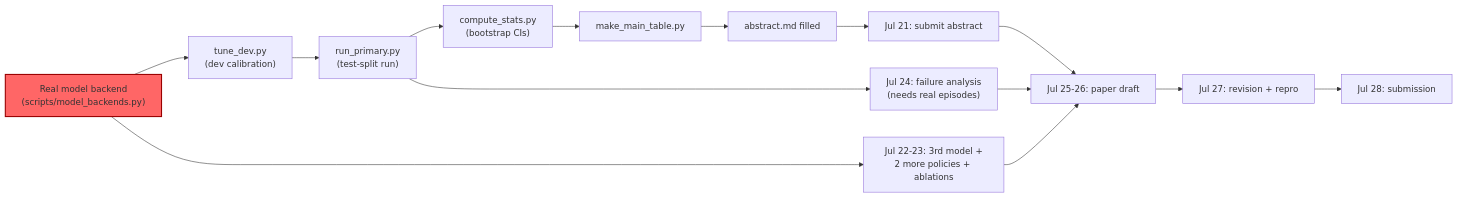
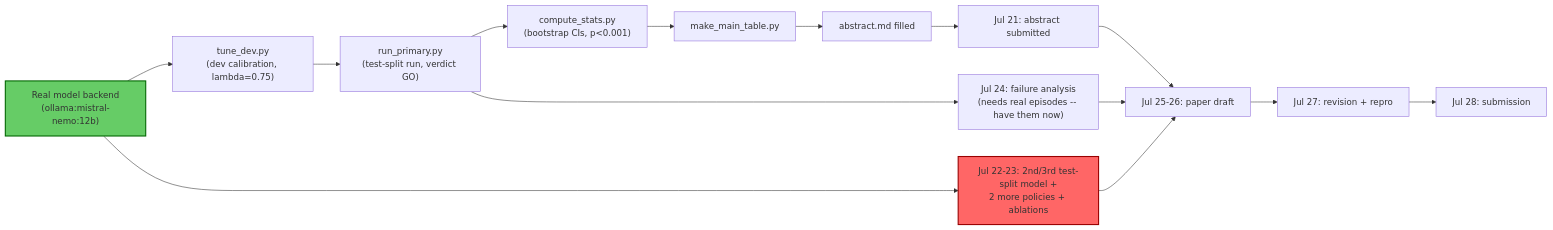
Before and after one commit to rafizaman77/secure-clarify: the second of 2 diagrams in docs/GANTT.md, drawn with Mermaid. The commit also changed other lines of this file and 7 other files, not shown here.

````diff
--- a/docs/GANTT.md
+++ b/docs/GANTT.md
@@ -55,18 +62,19 @@
 ```mermaid
 flowchart LR
-    A["Real model backend\n(scripts/model_backends.py)"] --> B["tune_dev.py\n(dev calibration)"]
-    B --> C["run_primary.py\n(test-split run)"]
-    C --> D["compute_stats.py\n(bootstrap CIs)"]
+    A["Real model backend\n(ollama:mistral-nemo:12b)"] --> B["tune_dev.py\n(dev calibration, lambda=0.75)"]
+    B --> C["run_primary.py\n(test-split run, verdict GO)"]
+    C --> D["compute_stats.py\n(bootstrap CIs, p<0.001)"]
     D --> E["make_main_table.py"]
     E --> F["abstract.md filled"]
-    F --> G["Jul 21: submit abstract"]
-    C --> H["Jul 24: failure analysis\n(needs real episodes)"]
-    A --> I["Jul 22-23: 3rd model +\n2 more policies + ablations"]
+    F --> G["Jul 21: abstract submitted"]
+    C --> H["Jul 24: failure analysis\n(needs real episodes -- have them now)"]
+    A --> I["Jul 22-23: 2nd/3rd test-split model +\n2 more policies + ablations"]
     G --> J["Jul 25-26: paper draft"]
     H --> J
     I --> J
     J --> K["Jul 27: revision + repro"]
     K --> L["Jul 28: submission"]
 
-    style A fill:#f66,stroke:#900,stroke-width:2px
+    style A fill:#6c6,stroke:#060,stroke-width:2px
+    style I fill:#f66,stroke:#900,stroke-width:2px
 ```
````
